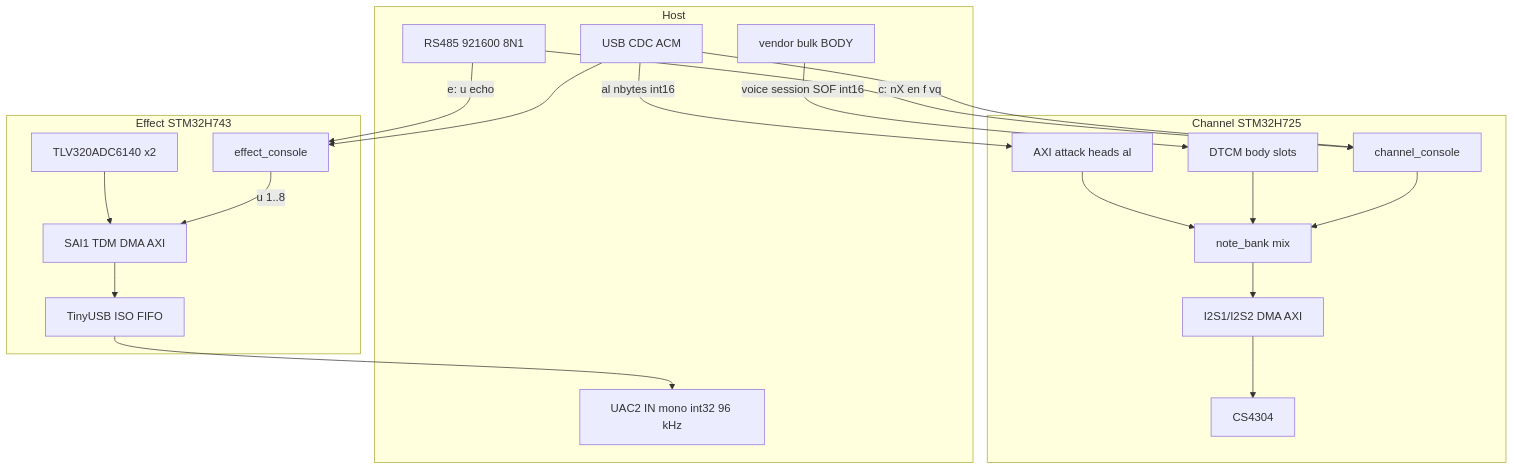
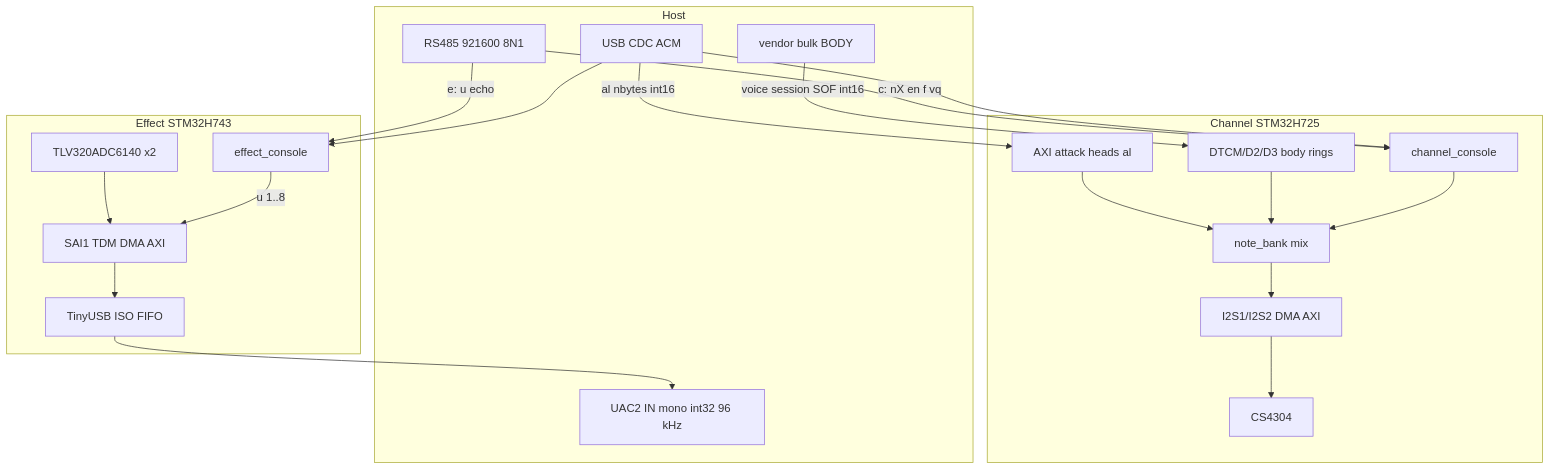
The first of 5 diagrams in channel_card/docs/diagrams/card_data_flow.md (narendrabhatt-freshwater/firmware), drawn with Mermaid before and after one commit. The commit also changed other lines of this file and 33 other files, not shown here.

````diff
--- a/channel_card/docs/diagrams/card_data_flow.md
+++ b/channel_card/docs/diagrams/card_data_flow.md
@@ -18,38 +19,38 @@
 ```mermaid
 flowchart TB
   subgraph host [Host]
     RS485[RS485 921600 8N1]
     CDC[USB CDC ACM]
     BodyOut[vendor bulk BODY]
     UacIn[UAC2 IN mono int32 96 kHz]
   end
 
   subgraph ch [Channel STM32H725]
     ChCon[channel_console]
     ChAtk[AXI attack heads al]
-    ChRing[DTCM body slots]
+    ChRing[DTCM/D2/D3 body rings]
     ChMix[note_bank mix]
     ChI2S[I2S1/I2S2 DMA AXI]
     ChDac[CS4304]
   end
 
   subgraph fx [Effect STM32H743]
     FxCon[effect_console]
     FxSai[SAI1 TDM DMA AXI]
     FxAdc[TLV320ADC6140 x2]
     FxFifo[TinyUSB ISO FIFO]
   end
 
   RS485 -->|"c: nX en f vq"| ChCon
   RS485 -->|"e: u echo"| FxCon
   CDC -->|"al nbytes int16"| ChAtk
   CDC --> ChCon
   CDC --> FxCon
   BodyOut -->|"voice session SOF int16"| ChRing
   ChAtk --> ChMix
   ChRing --> ChMix
   ChCon --> ChMix
   ChMix --> ChI2S --> ChDac
   FxAdc --> FxSai --> FxFifo --> UacIn
   FxCon -->|"u 1..8"| FxSai
 ```
````
